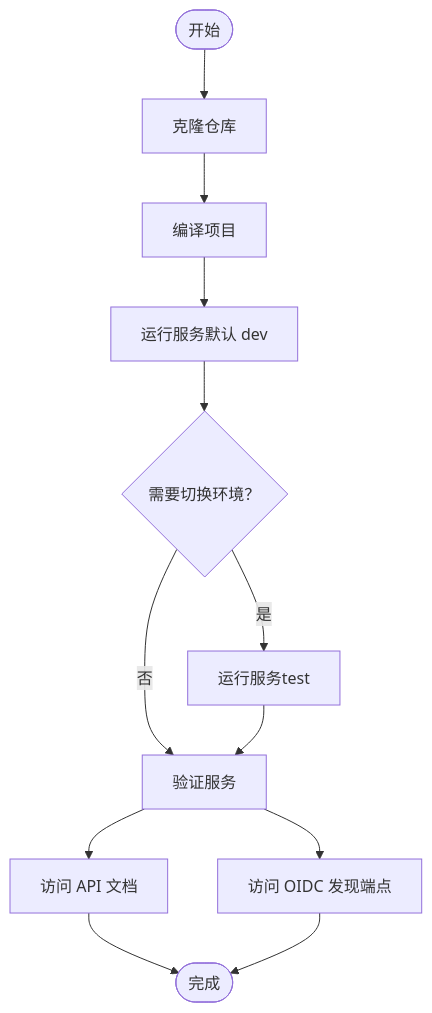
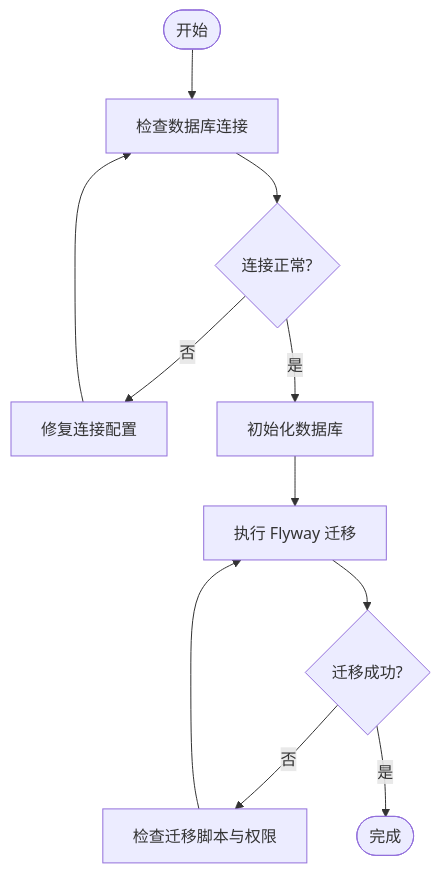
Before and after one commit to fq0121104930716/iam-platform: the fifth of 5 diagrams in .qoder/repowiki/zh/content/快速开始.md, drawn with Mermaid. The commit also changed other lines of this file and 222 other files, not shown here.

````diff
--- a/.qoder/repowiki/zh/content/快速开始.md
+++ b/.qoder/repowiki/zh/content/快速开始.md
@@ -152,14 +333,13 @@
 ```mermaid
 flowchart TD
-Start(["开始"]) --> Clone["克隆仓库"]
-Clone --> Build["编译项目"]
-Build --> RunDev["运行服务默认 dev"]
-RunDev --> SwitchEnv{"需要切换环境？"}
-SwitchEnv --> |是| RunTest["运行服务test"]
-SwitchEnv --> |否| Verify["验证服务"]
-RunTest --> Verify
-Verify --> Docs["访问 API 文档"]
-Verify --> Discovery["访问 OIDC 发现端点"]
-Docs --> End(["完成"])
-Discovery --> End
+Start(["开始"]) --> CheckDB["检查数据库连接"]
+CheckDB --> DBOK{"连接正常?"}
+DBOK --> |否| FixConn["修复连接配置"]
+DBOK --> |是| InitDB["初始化数据库"]
+InitDB --> RunFlyway["执行 Flyway 迁移"]
+RunFlyway --> MigOK{"迁移成功?"}
+MigOK --> |否| ReviewSQL["检查迁移脚本与权限"]
+MigOK --> |是| Done(["完成"])
+FixConn --> CheckDB
+ReviewSQL --> RunFlyway
 ```
````
